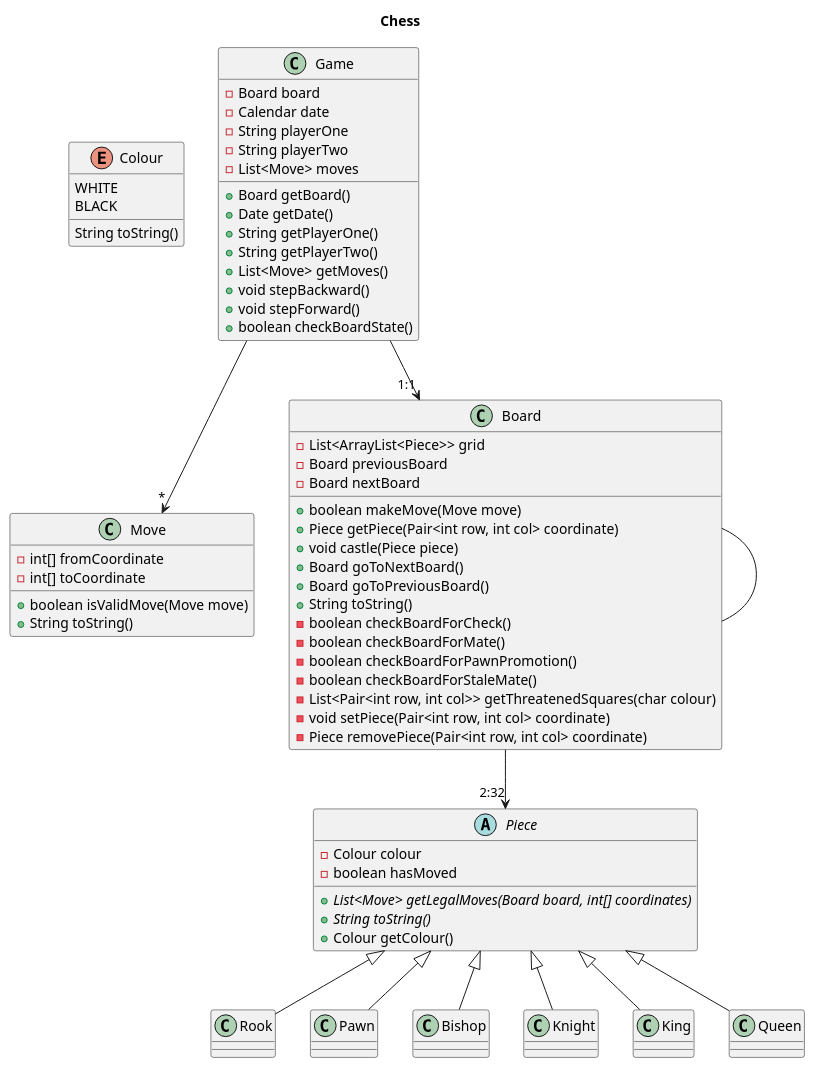
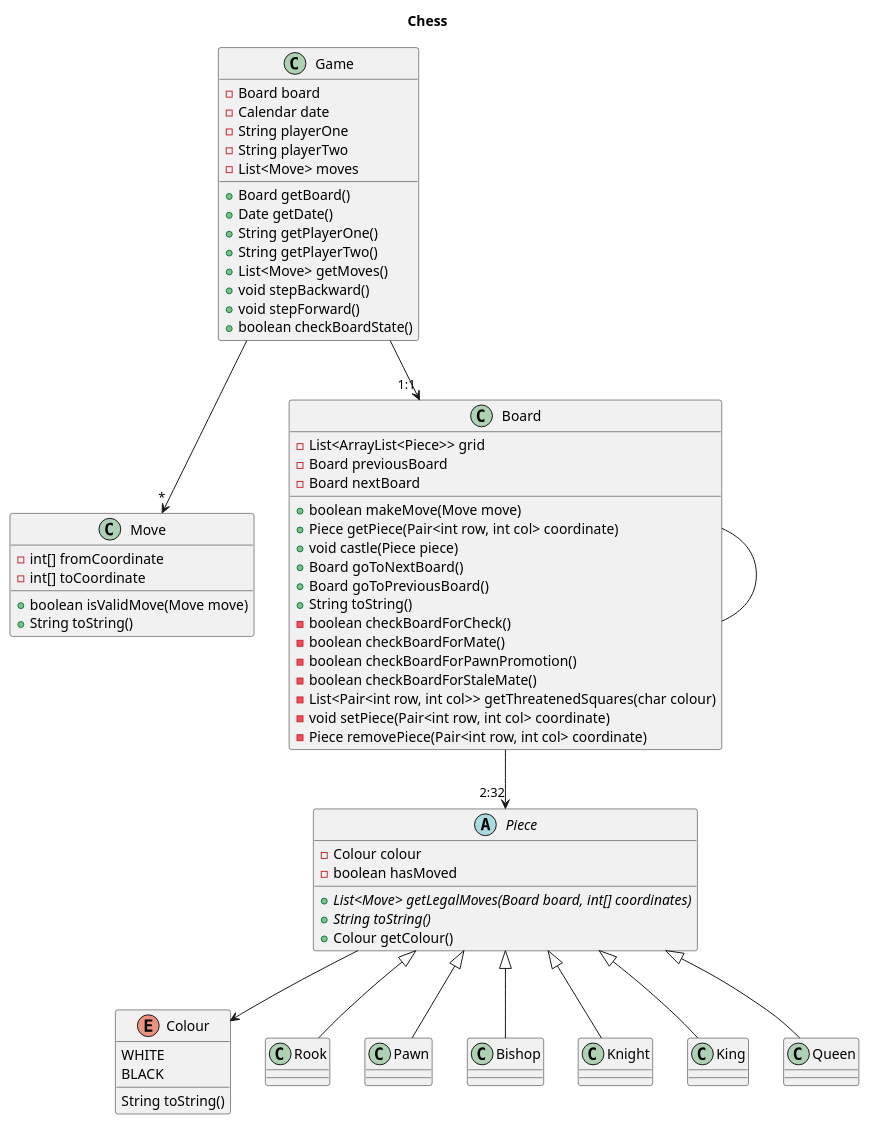
One commit to thorsjur/tdt4100-project changed the diagram in Project UML.plantuml. Above: the diagram before and after it, drawn with PlantUML. The commit also changed 8 other files, not shown here.

```diff
--- a/Project UML.plantuml
+++ b/Project UML.plantuml
@@ -1,96 +1,97 @@
 @startuml Chess
 title Chess
 
 
 enum Colour {
     WHITE
     BLACK
     String toString()
 }
 
 class Move {
     -int[] fromCoordinate
     -int[] toCoordinate
     +boolean isValidMove(Move move)
     +String toString()
 
 }
 
 class Board {
     -List<ArrayList<Piece>> grid
     -Board previousBoard
     -Board nextBoard
     +boolean makeMove(Move move)
     +Piece getPiece(Pair<int row, int col> coordinate)
     +void castle(Piece piece)
     +Board goToNextBoard()
     +Board goToPreviousBoard()
     +String toString()
     -boolean checkBoardForCheck()
     -boolean checkBoardForMate()
     -boolean checkBoardForPawnPromotion()
     -boolean checkBoardForStaleMate()
     -List<Pair<int row, int col>> getThreatenedSquares(char colour)
     -void setPiece(Pair<int row, int col> coordinate)
     -Piece removePiece(Pair<int row, int col> coordinate)
     
 
 }
 
 class Game {
     -Board board
     -Calendar date
     -String playerOne
     -String playerTwo
     -List<Move> moves
     +Board getBoard()
     +Date getDate()
     +String getPlayerOne()
     +String getPlayerTwo()
     +List<Move> getMoves()
     +void stepBackward()
     +void stepForward()
     +boolean checkBoardState()
 
 }
 
 abstract class Piece {
     -Colour colour
     -boolean hasMoved
     + {abstract} List<Move> getLegalMoves(Board board, int[] coordinates)
     + {abstract} String toString()
     +Colour getColour()
     
 }
 
 class Rook extends Piece {
 }
 
 class Pawn extends Piece {
 
 }
 
 class Bishop extends Piece {
     
 }
 
 class Knight extends Piece {
 
 }
 
 class King extends Piece {
 
 }
 
 class Queen extends Piece {
 
 }
 
 Game --> "*" Move
 Game --> "1:1" Board
 Board  --> "2:32" Piece
 Board -- Board
+Piece --> Colour
 
 
 
 @enduml
```
